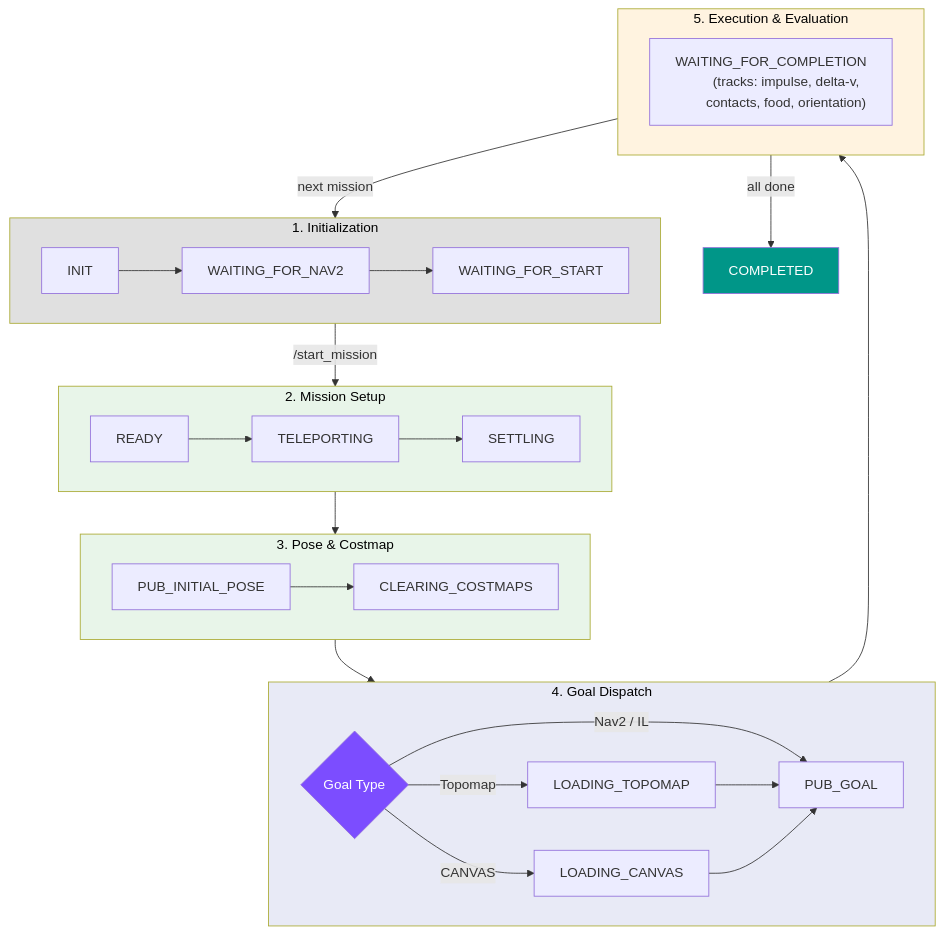
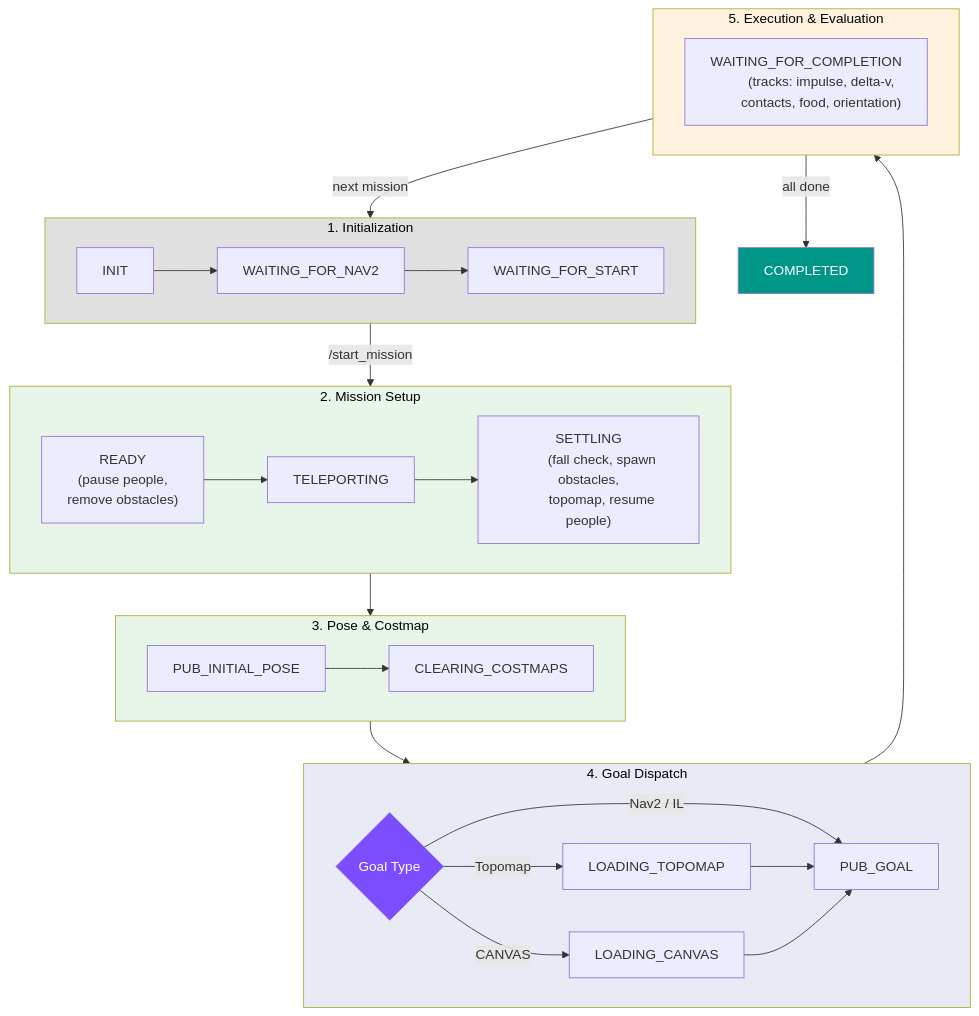
One commit to worv-ai/CostNav changed the diagram in docs/isaacsim_guide.md. Above: the diagram before and after it, drawn with Mermaid. The commit also changed other lines of this file and 5 other files, not shown here.

````diff
--- a/docs/isaacsim_guide.md
+++ b/docs/isaacsim_guide.md
@@ -81,47 +81,51 @@
 ```mermaid
 graph TD
     subgraph Init["1. Initialization"]
         direction LR
         A[INIT] --> B[WAITING_FOR_NAV2] --> C[WAITING_FOR_START]
     end
 
     subgraph Setup["2. Mission Setup"]
         direction LR
-        D[READY] --> E[TELEPORTING] --> F[SETTLING]
+        D["READY
+        (pause people,
+        remove obstacles)"] --> E[TELEPORTING] --> F["SETTLING
+        (fall check, spawn obstacles,
+        topomap, resume people)"]
     end
 
     subgraph Setup2["3. Pose & Costmap"]
         direction LR
         G[PUB_INITIAL_POSE] --> H[CLEARING_COSTMAPS]
     end
 
     subgraph Goal["4. Goal Dispatch"]
         direction LR
         I{Goal Type}
         I -->|Nav2 / IL| PG[PUB_GOAL]
         I -->|Topomap| LT[LOADING_TOPOMAP] --> PG
         I -->|CANVAS| LC[LOADING_CANVAS] --> PG
     end
 
     subgraph Exec["5. Execution & Evaluation"]
         direction LR
         J["WAITING_FOR_COMPLETION
         (tracks: impulse, delta-v,
         contacts, food, orientation)"]
     end
 
     C -->|/start_mission| D
     F --> G
     H --> I
     PG --> J
     J -->|next mission| C
     J -->|all done| K[COMPLETED]
 
     style Init fill:#e0e0e0,color:#000
     style Setup fill:#e8f5e9,color:#000
     style Setup2 fill:#e8f5e9,color:#000
     style Goal fill:#e8eaf6,color:#000
     style Exec fill:#fff3e0,color:#000
     style I fill:#7c4dff,color:#fff
     style K fill:#009688,color:#fff
 ```
````
